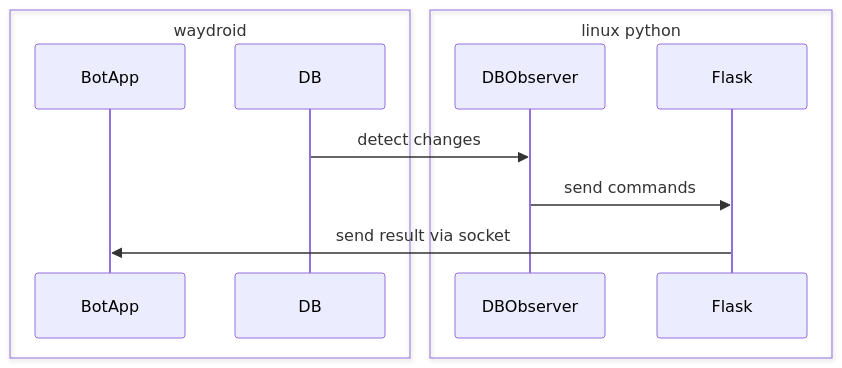
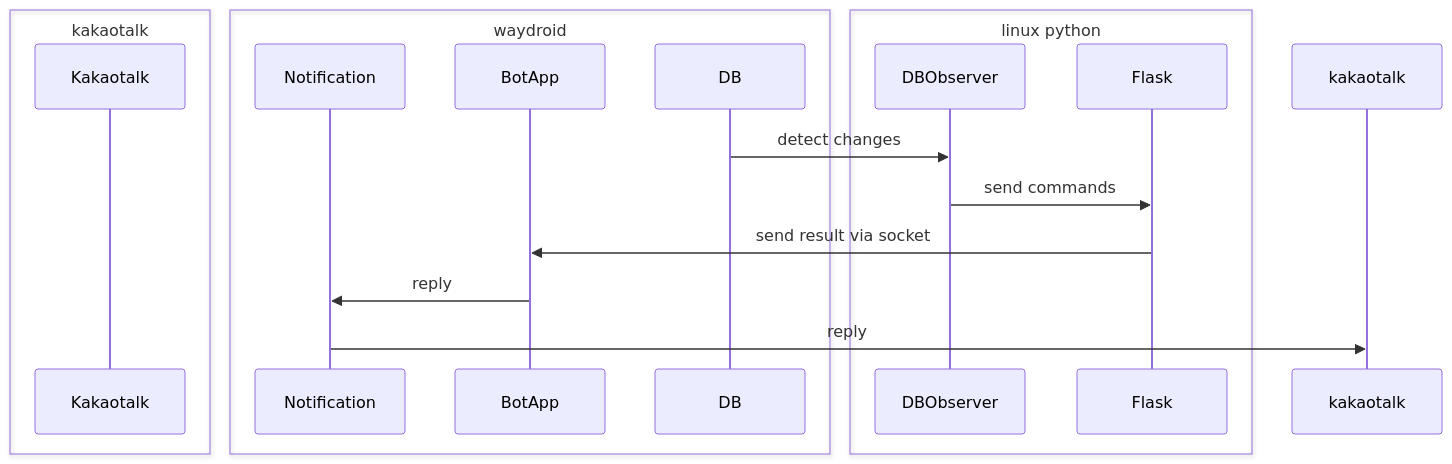
The diagram in README.md (dolidolih/PyKakaoDBBot), drawn with Mermaid before and after one commit.

````diff
--- a/README.md
+++ b/README.md
@@ -78,14 +78,20 @@
 ```mermaid
 sequenceDiagram
+    box kakaotalk
+    participant Kakaotalk
+    end
     box waydroid
+    participant Notification
     participant BotApp
     participant DB
     end
     box linux python
     participant DBObserver
     participant Flask
     end
     DB->>DBObserver: detect changes
     DBObserver->>Flask: send commands
     Flask->>BotApp:send result via socket
+    BotApp->>Notification:reply
+    Notification->>kakaotalk:reply
 ```
````
